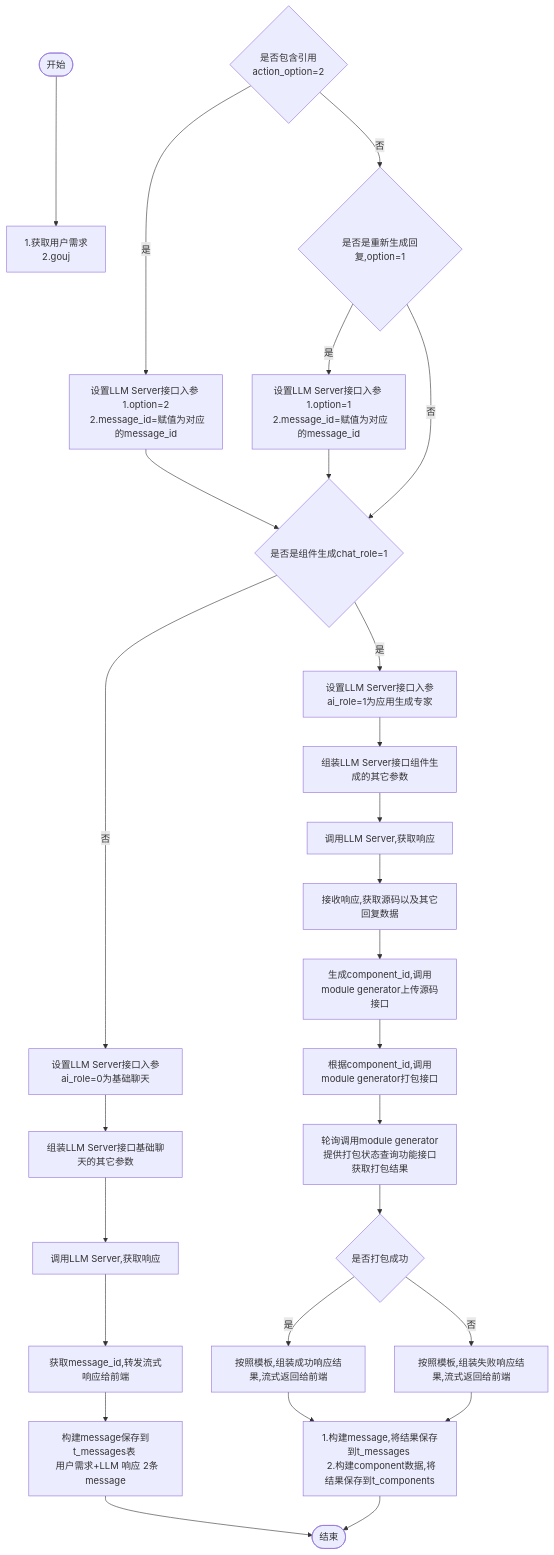
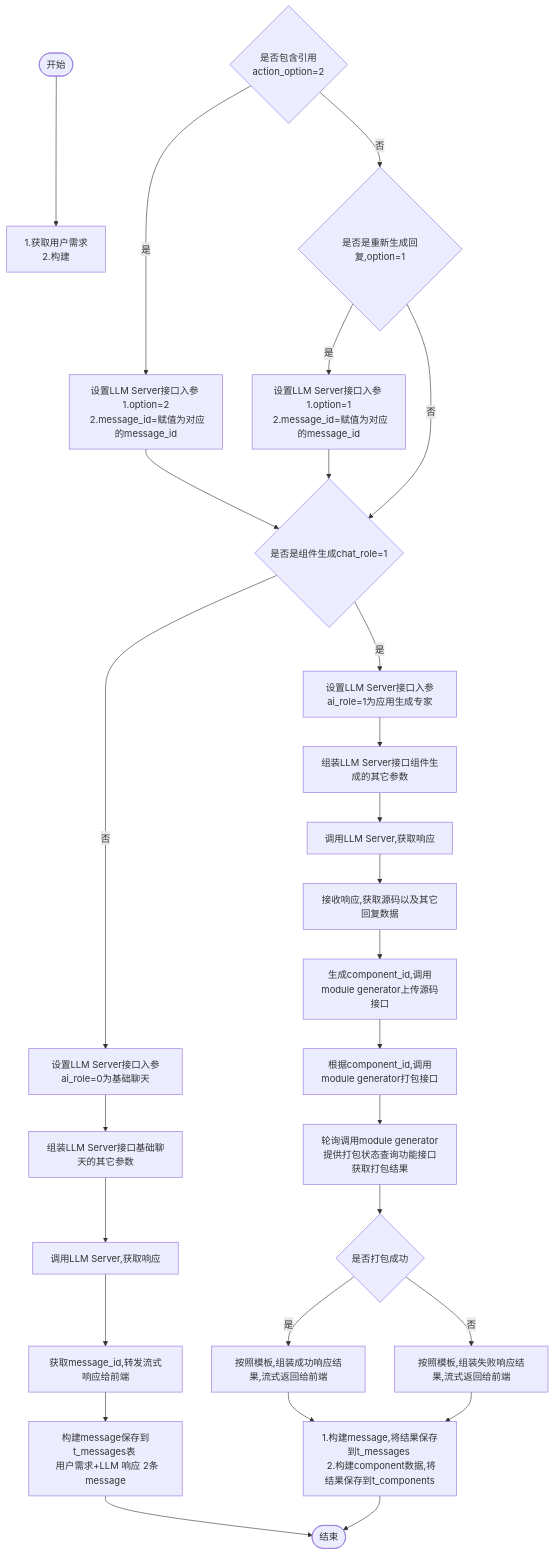
One commit to yingjianzh/iodraw-files changed the diagram in all/w3-会话-不需要传递message.md. Above: the diagram before and after it, drawn with Mermaid.

Commit message:
2024-10-15 14:18:24 update

````diff
--- a/all/w3-会话-不需要传递message.md
+++ b/all/w3-会话-不需要传递message.md
@@ -1,34 +1,34 @@
 ```mermaid
 flowchart TD
-    A([开始]) --> B[1.获取用户需求 \n 2.gouj]
+    A([开始]) --> B[1.获取用户需求 \n 2.构建]
     D{是否包含引用 \n action_option=2}
     D -- 是 --> E[设置LLM Server接口入参 \n 1.option=2 \n 2.message_id=赋值为对应的message_id]
     D -- 否 --> F{是否是重新生成回复,option=1}
     F -- 是 --> G[设置LLM Server接口入参 \n 1.option=1 \n 2.message_id=赋值为对应的message_id]
     F -- 否 --> I
      
     E & G --> I{是否是组件生成chat_role=1}
     I -- 否 --> K[设置LLM Server接口入参ai_role=0为基础聊天]
     I -- 是 --> J[设置LLM Server接口入参ai_role=1为应用生成专家]
     
 
     J --> L[组装LLM Server接口组件生成的其它参数]    
     K --> M[组装LLM Server接口基础聊天的其它参数]    
     M --> N[调用LLM Server,获取响应]    
     N --> O[获取message_id,转发流式响应给前端]
     O --> P[构建message保存到t_messages表 \n 用户需求+LLM 响应 2条message]
     P --> R([结束])
 
 
     L --> S[调用LLM Server,获取响应]
     S --> T[接收响应,获取源码以及其它回复数据]
     T --> U[生成component_id,调用module generator上传源码接口]
     U --> V[根据component_id,调用module generator打包接口]
     V --> W[轮询调用module generator提供打包状态查询功能接口获取打包结果]
     W --> X{是否打包成功}
     X -- 是 --> Y[按照模板,组装成功响应结果,流式返回给前端]
     X -- 否 --> Z[按照模板,组装失败响应结果,流式返回给前端]
 
     Y & Z --> Result[1.构建message,将结果保存到t_messages \n 2.构建component数据,将结果保存到t_components]
     Result --> R
 ```
````
